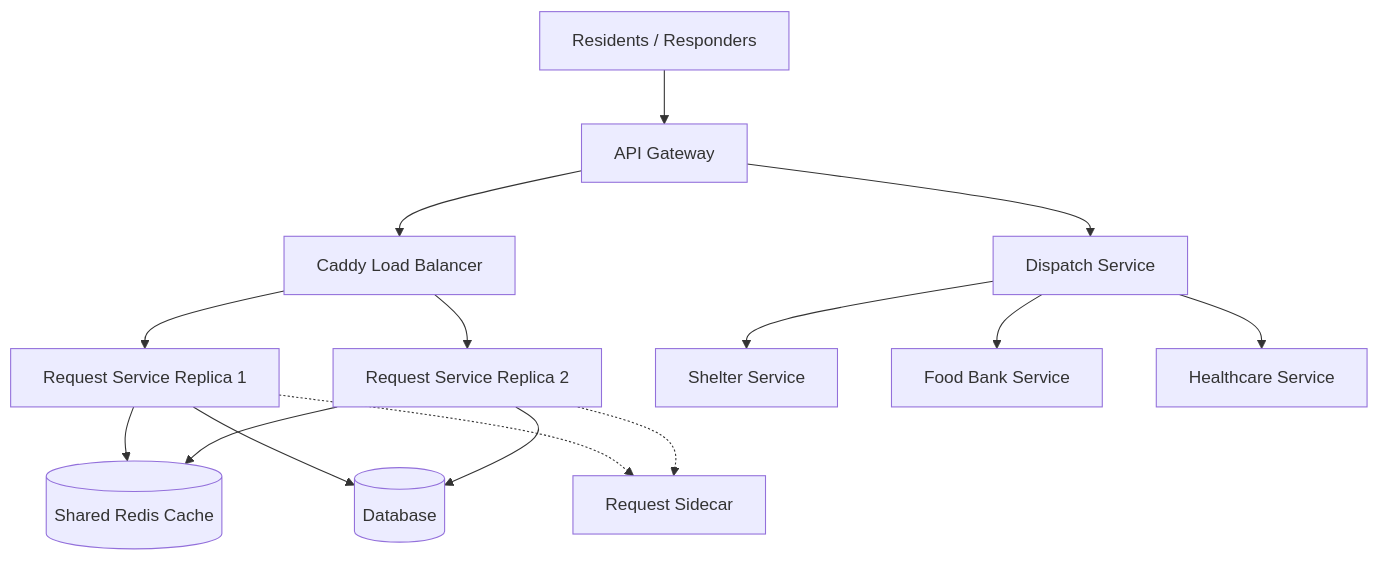
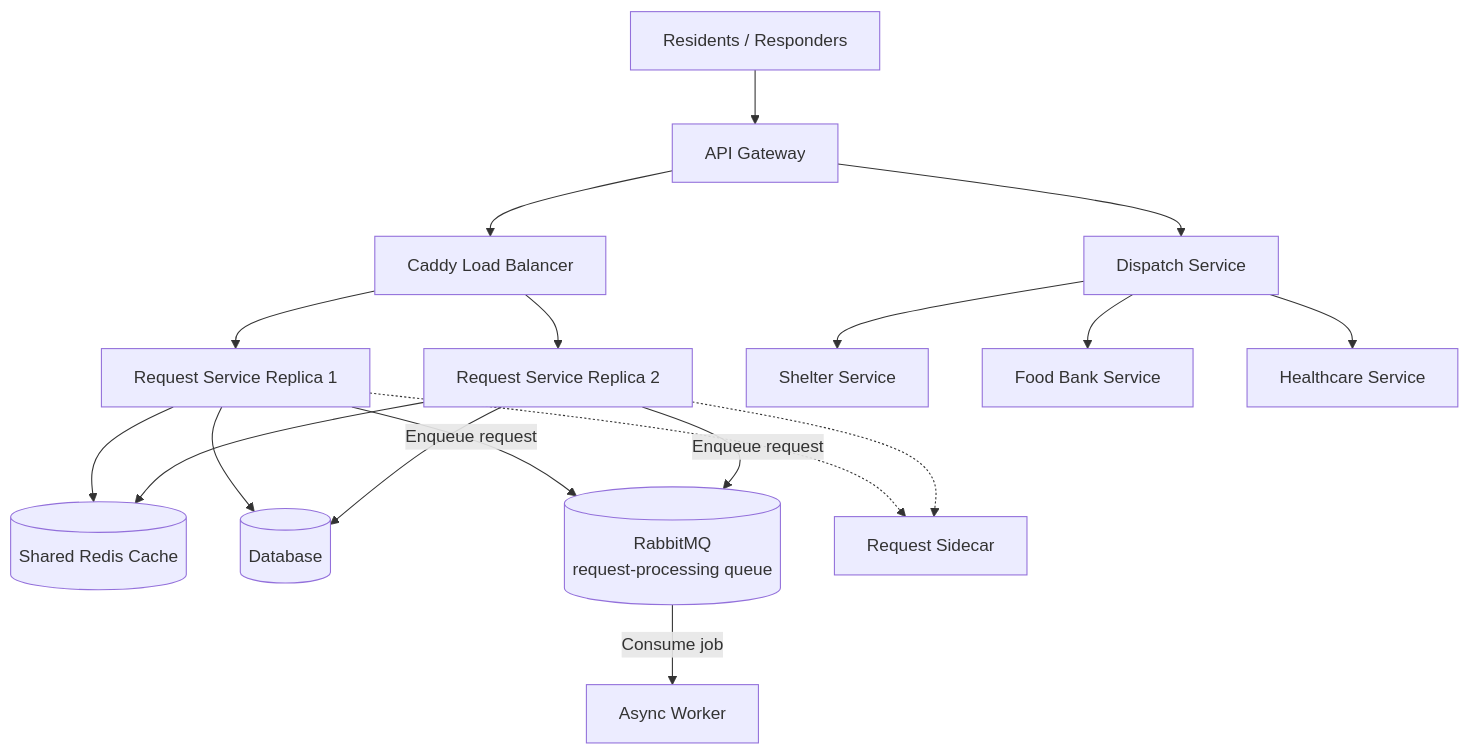
One commit to cs-426-team10/426-project-team-10 changed the second of 2 diagrams in docs/SERVICES.md. Above: the diagram before and after it, drawn with Mermaid.

Commit message:
Update system diagram with async processing path

````diff
--- a/docs/SERVICES.md
+++ b/docs/SERVICES.md
@@ -162,36 +162,40 @@
 ```mermaid
 flowchart TD
 
     Client[Residents / Responders]
 
     Client --> Gateway[API Gateway]
 
 
     Gateway --> Caddy[Caddy Load Balancer]
 
 
     Caddy --> Request1[Request Service Replica 1]
     Caddy --> Request2[Request Service Replica 2]
 
     Redis[(Shared Redis Cache)]
 
     Request1 --> Redis
     Request2 --> Redis
 
 
     Request1 --> Database[(Database)]
     Request2 --> Database
 
 
     Gateway --> Dispatch[Dispatch Service]
 
     Dispatch --> Shelter[Shelter Service]
 
     Dispatch --> FoodBank[Food Bank Service]
 
     Dispatch --> Healthcare[Healthcare Service]
 
+    Request1 -->|Enqueue request| RabbitMQ[(RabbitMQ<br/>request-processing queue)]
+    Request2 -->|Enqueue request| RabbitMQ
+
+    RabbitMQ -->|Consume job| Worker[Async Worker]
 
     Request1 -.-> Sidecar[Request Sidecar]
     Request2 -.-> Sidecar
 ```
````
